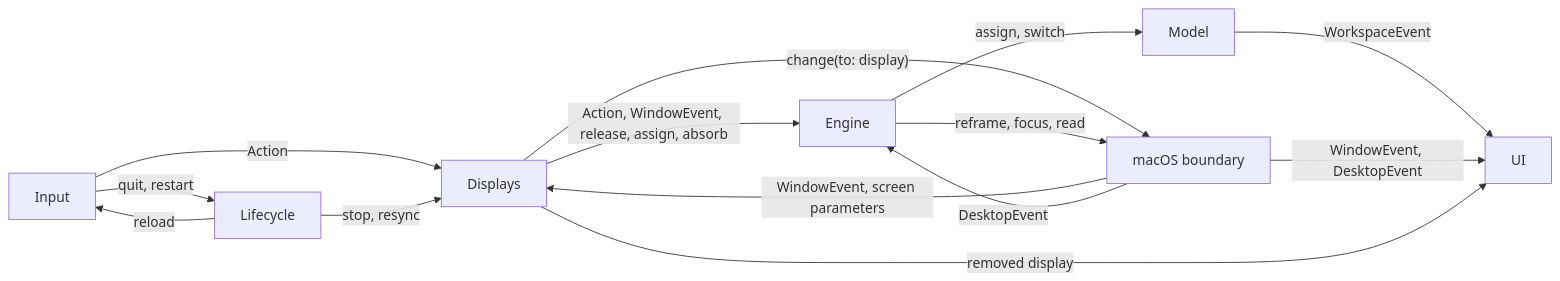
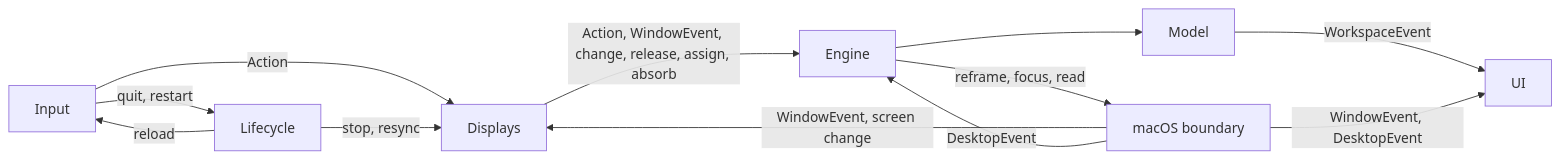
One commit to brennovich/ottowm changed the third of 25 diagrams in ARCHITECTURE.md. Above: the diagram before and after it, drawn with Mermaid. The commit also changed other lines of this file, not shown here.

````diff
--- a/ARCHITECTURE.md
+++ b/ARCHITECTURE.md
@@ -58,16 +58,14 @@
 ```mermaid
 flowchart LR
     Input -->|Action| Displays
     Input -->|quit, restart| Lifecycle
     Lifecycle -->|reload| Input
     Lifecycle -->|stop, resync| Displays
-    macOS["macOS boundary"] -->|WindowEvent, screen parameters| Displays
-    Displays -->|"Action, WindowEvent, release, assign, absorb"| Engine
-    Displays -->|"change(to: display)"| macOS
+    macOS["macOS boundary"] -->|WindowEvent, screen change| Displays
+    Displays -->|"Action, WindowEvent, change, release, assign, absorb"| Engine
     macOS -->|DesktopEvent| Engine
     Engine -->|reframe, focus, read| macOS
-    Engine -->|assign, switch| Model
+    Engine --> Model
     Model -->|WorkspaceEvent| UI
     macOS -->|WindowEvent, DesktopEvent| UI
-    Displays -->|removed display| UI
 ```
````
